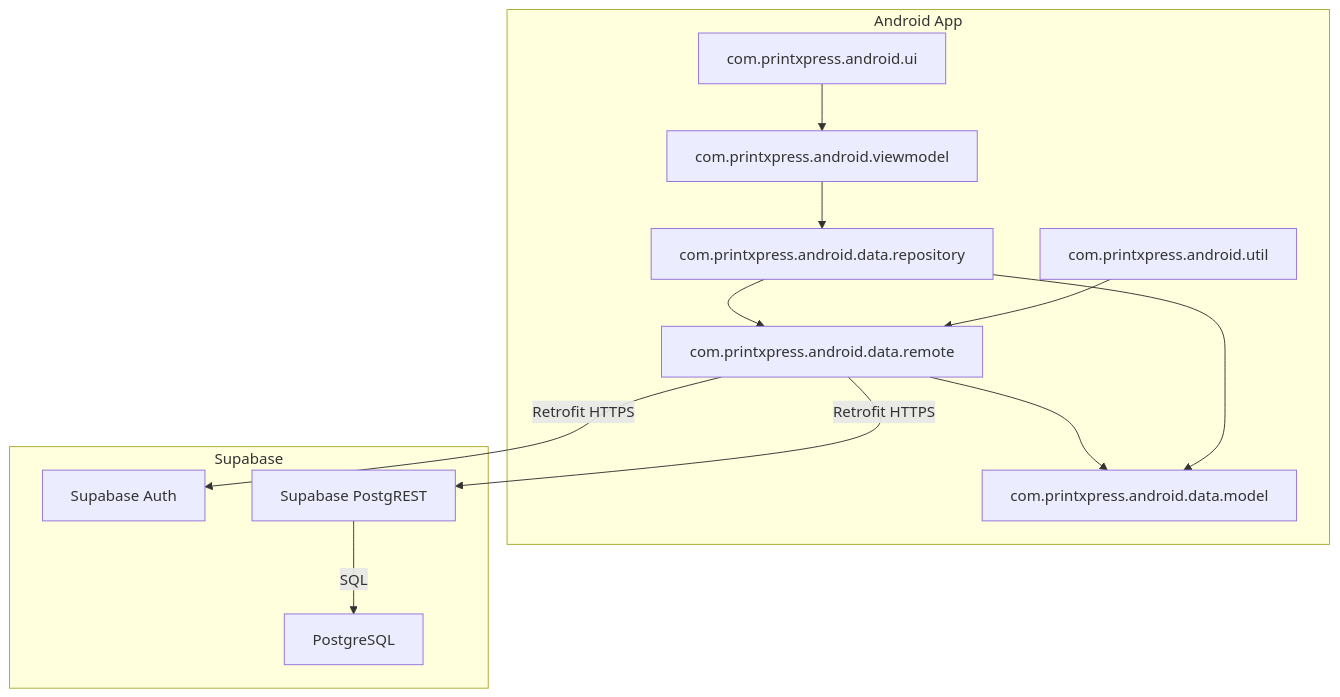
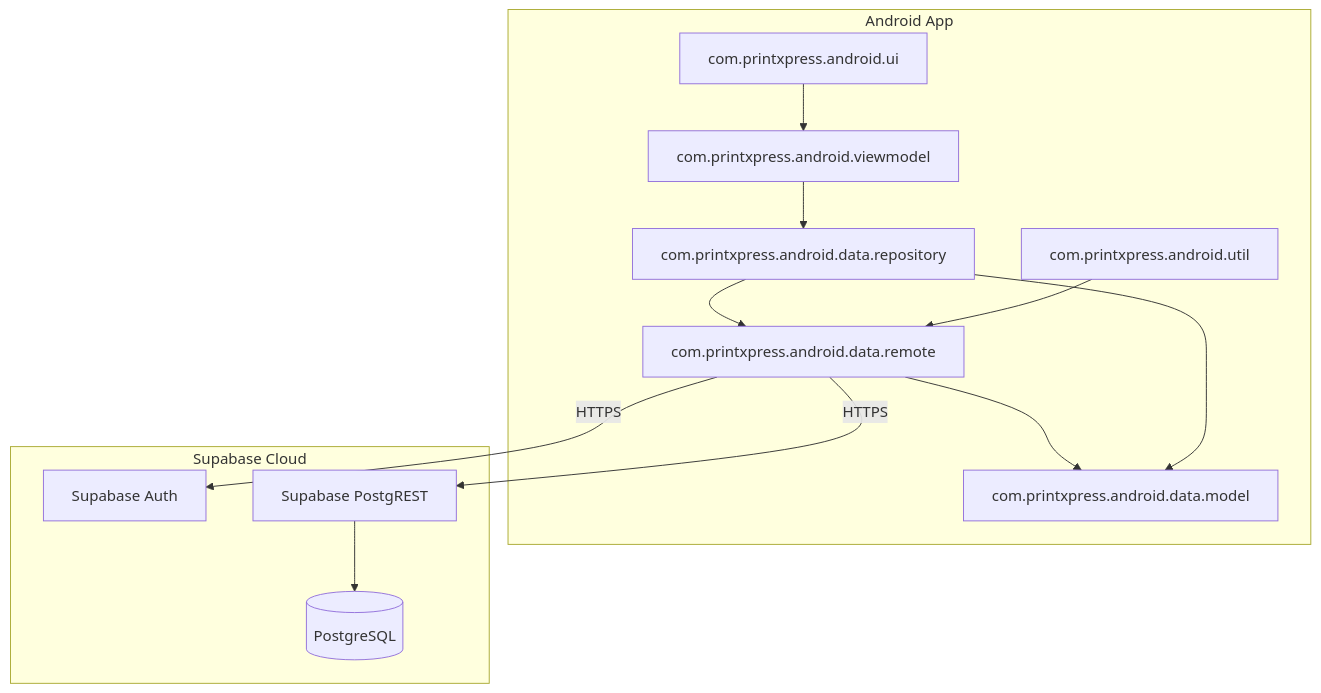
One commit to Fathima-Asna/ICBT-MAD-Assignment changed diagram 12 of 13 in README.md. Above: the diagram before and after it, drawn with Mermaid. The commit also changed other lines of this file, not shown here.

Commit message:
docs: update comprehensive README with user manual, UML diagrams and technical docs

````diff
--- a/README.md
+++ b/README.md
@@ -426,28 +787,27 @@
 ```mermaid
 graph TD
     subgraph Android App
-        A1[com.printxpress.android.ui]
-        A2[com.printxpress.android.viewmodel]
-        A3[com.printxpress.android.data.repository]
-        A4[com.printxpress.android.data.remote]
-        A5[com.printxpress.android.data.model]
-        A6[com.printxpress.android.util]
+        UI[com.printxpress.android.ui]
+        VM[com.printxpress.android.viewmodel]
+        REPO[com.printxpress.android.data.repository]
+        REMOTE[com.printxpress.android.data.remote]
+        MODEL[com.printxpress.android.data.model]
+        UTIL[com.printxpress.android.util]
     end
 
-    subgraph Supabase
-        C1[Supabase Auth]
-        C2[Supabase PostgREST]
-        C3[PostgreSQL]
+    subgraph Supabase Cloud
+        AUTH[Supabase Auth]
+        POSTGREST[Supabase PostgREST]
+        DB[(PostgreSQL)]
     end
 
-    A1 --> A2
-    A2 --> A3
-    A3 --> A4
-    A4 --> A5
-    A3 --> A5
-    A6 --> A4
-
-    A4 -->|Retrofit HTTPS| C1
-    A4 -->|Retrofit HTTPS| C2
-    C2 -->|SQL| C3
+    UI --> VM
+    VM --> REPO
+    REPO --> REMOTE
+    REMOTE --> MODEL
+    REPO --> MODEL
+    UTIL --> REMOTE
+    REMOTE -->|HTTPS| AUTH
+    REMOTE -->|HTTPS| POSTGREST
+    POSTGREST --> DB
 ```
````
